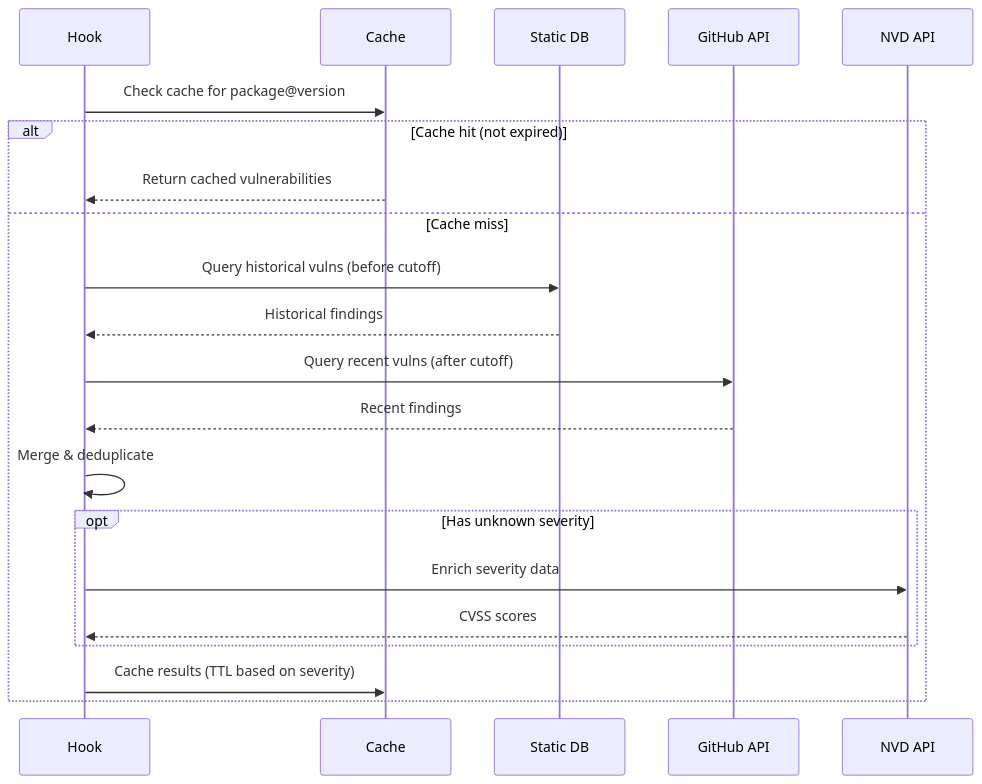
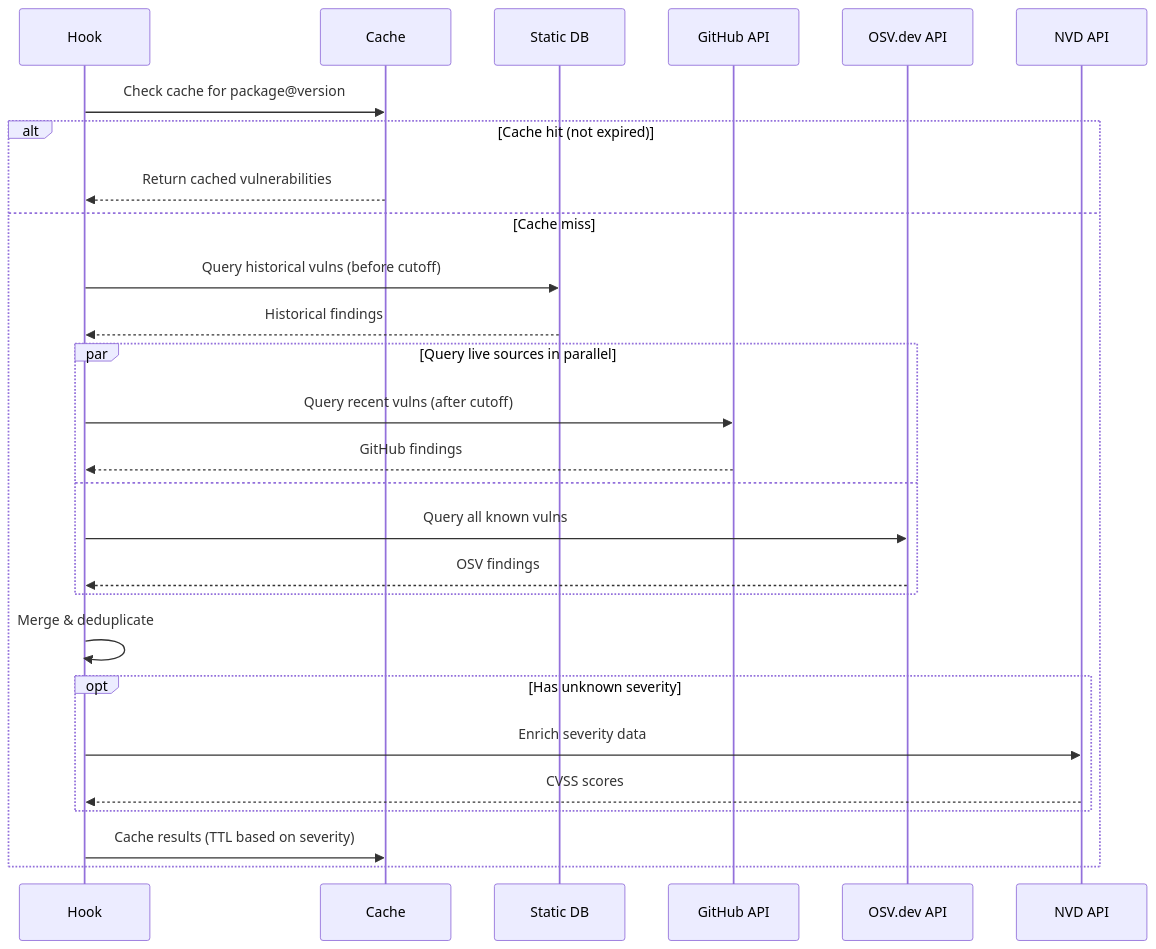
The fourth of 7 diagrams in README.md (asx8678/pnpm-audit-hook), drawn with Mermaid before and after one commit. The commit also changed other lines of this file, not shown here.

First line of the commit message:
docs(readme): document OSV source, integrity hashes, and Quick How-To

````diff
--- a/README.md
+++ b/README.md
@@ -129,26 +199,32 @@
 ```mermaid
 sequenceDiagram
     participant H as Hook
     participant C as Cache
     participant S as Static DB
     participant G as GitHub API
+    participant O as OSV.dev API
     participant N as NVD API
 
     H->>C: Check cache for package@version
     alt Cache hit (not expired)
         C-->>H: Return cached vulnerabilities
     else Cache miss
         H->>S: Query historical vulns (before cutoff)
         S-->>H: Historical findings
-        H->>G: Query recent vulns (after cutoff)
-        G-->>H: Recent findings
+        par Query live sources in parallel
+            H->>G: Query recent vulns (after cutoff)
+            G-->>H: GitHub findings
+        and
+            H->>O: Query all known vulns
+            O-->>H: OSV findings
+        end
         H->>H: Merge & deduplicate
 
         opt Has unknown severity
             H->>N: Enrich severity data
             N-->>H: CVSS scores
         end
 
         H->>C: Cache results (TTL based on severity)
     end
 ```
````
